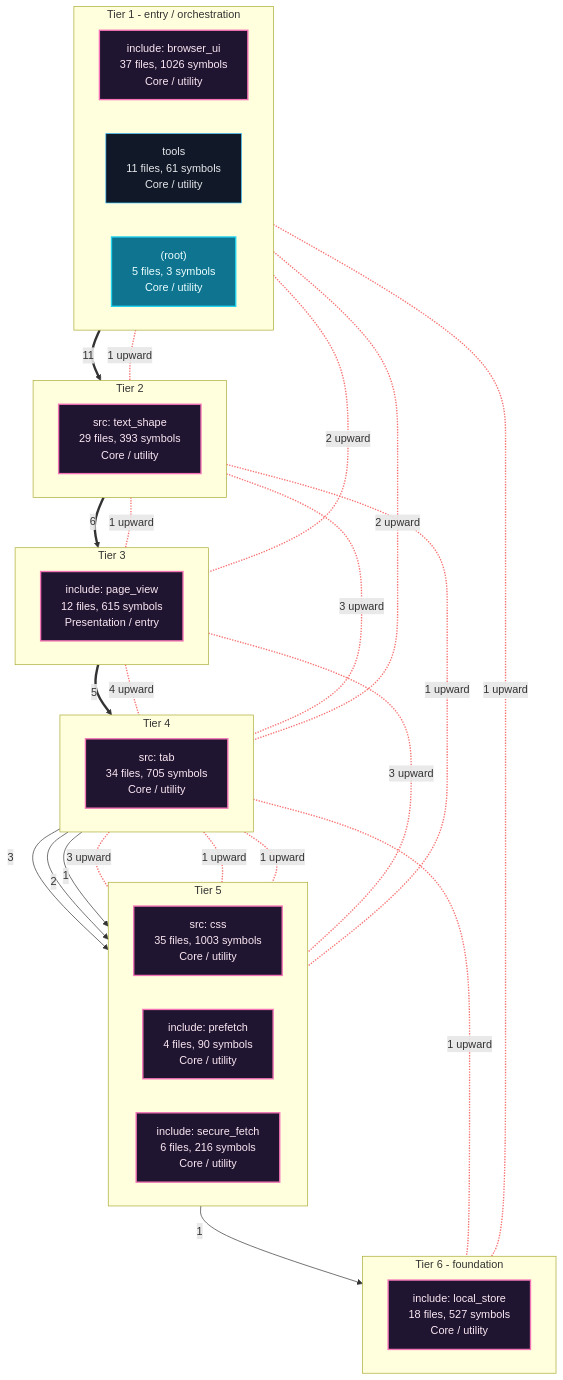
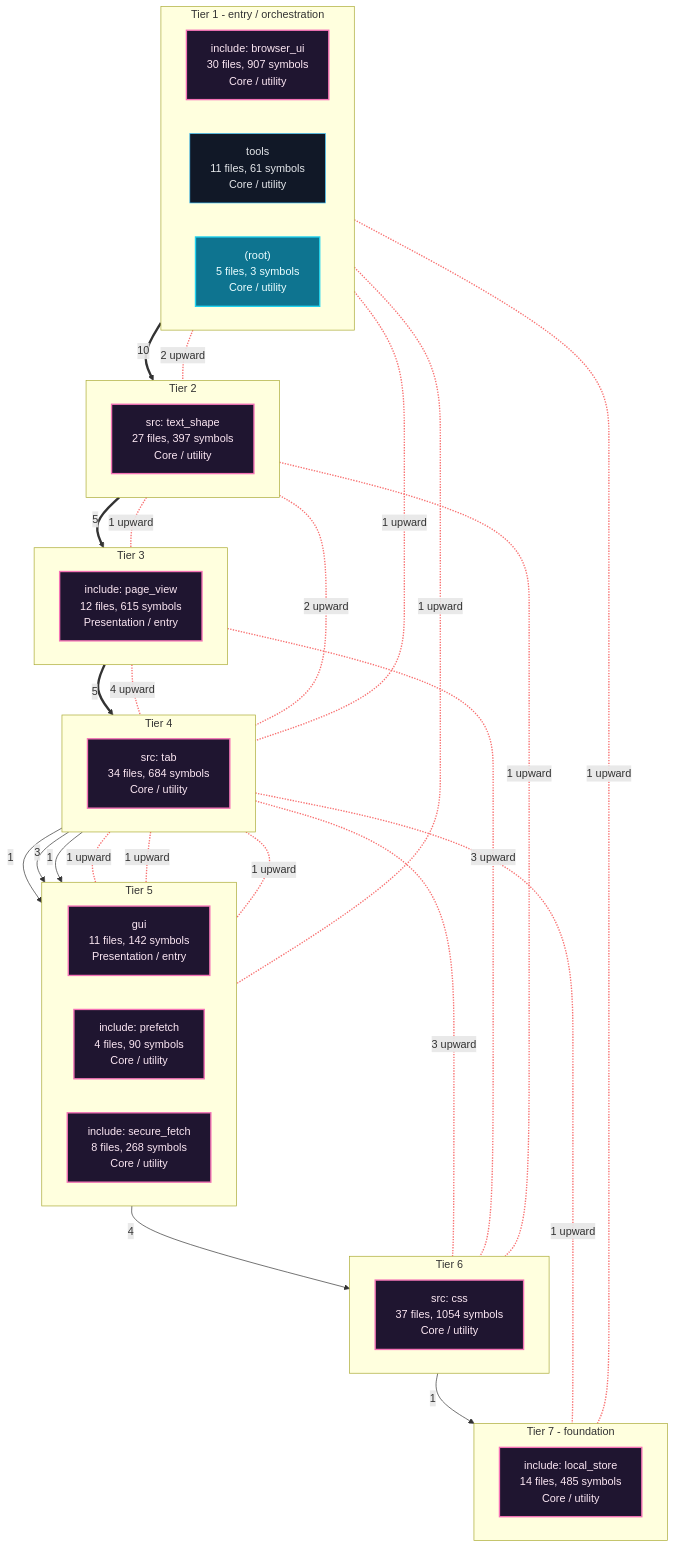
Before and after one commit to grisuno/FreeDom: the first of 7 diagrams in readmenator-apidocs/architecture.md, drawn with Mermaid. The commit also changed other lines of this file and 253 other files, not shown here.

````diff
--- a/readmenator-apidocs/architecture.md
+++ b/readmenator-apidocs/architecture.md
@@ -11,60 +11,67 @@
 ```mermaid
 flowchart TB
     classDef cycle fill:#1f1530,stroke:#f472b6,color:#fce7f3,stroke-width:2px;
     classDef default fill:#111827,stroke:#38bdf8,color:#e5e7eb;
     classDef entry fill:#0e7490,stroke:#22d3ee,color:#ecfeff,stroke-width:2px;
     subgraph lane_0["Tier 1 - entry / orchestration"]
         direction LR
-        n_c0["include: browser_ui<br/>37 files, 1026 symbols<br/>Core / utility"]:::cycle
+        n_c1["include: browser_ui<br/>30 files, 907 symbols<br/>Core / utility"]:::cycle
         n_d_tools["tools<br/>11 files, 61 symbols<br/>Core / utility"]:::default
         n_d__root_["(root)<br/>5 files, 3 symbols<br/>Core / utility"]:::entry
     end
     subgraph lane_1["Tier 2"]
         direction LR
-        n_c3["src: text_shape<br/>29 files, 393 symbols<br/>Core / utility"]:::cycle
+        n_c3["src: text_shape<br/>27 files, 397 symbols<br/>Core / utility"]:::cycle
     end
     subgraph lane_2["Tier 3"]
         direction LR
         n_c5["include: page_view<br/>12 files, 615 symbols<br/>Presentation / entry"]:::cycle
     end
     subgraph lane_3["Tier 4"]
         direction LR
-        n_c2["src: tab<br/>34 files, 705 symbols<br/>Core / utility"]:::cycle
+        n_c2["src: tab<br/>34 files, 684 symbols<br/>Core / utility"]:::cycle
     end
     subgraph lane_4["Tier 5"]
         direction LR
-        n_c1["src: css<br/>35 files, 1003 symbols<br/>Core / utility"]:::cycle
-        n_c7["include: prefetch<br/>4 files, 90 symbols<br/>Core / utility"]:::cycle
-        n_c6["include: secure_fetch<br/>6 files, 216 symbols<br/>Core / utility"]:::cycle
+        n_c6["gui<br/>11 files, 142 symbols<br/>Presentation / entry"]:::cycle
+        n_c8["include: prefetch<br/>4 files, 90 symbols<br/>Core / utility"]:::cycle
+        n_c7["include: secure_fetch<br/>8 files, 268 symbols<br/>Core / utility"]:::cycle
     end
-    subgraph lane_5["Tier 6 - foundation"]
+    subgraph lane_5["Tier 6"]
         direction LR
-        n_c4["include: local_store<br/>18 files, 527 symbols<br/>Core / utility"]:::cycle
+        n_c0["src: css<br/>37 files, 1054 symbols<br/>Core / utility"]:::cycle
     end
-    n_c0 ==>|"11"| n_c3
-    n_c1 -->|"1"| n_c4
-    n_c2 -->|"3"| n_c1
-    n_c2 -->|"2"| n_c6
-    n_c2 -->|"1"| n_c7
-    n_c3 ==>|"6"| n_c5
+    subgraph lane_6["Tier 7 - foundation"]
+        direction LR
+        n_c4["include: local_store<br/>14 files, 485 symbols<br/>Core / utility"]:::cycle
+    end
+    n_c0 -->|"1"| n_c4
+    n_c1 ==>|"10"| n_c3
+    n_c2 -->|"1"| n_c6
+    n_c2 -->|"3"| n_c7
+    n_c2 -->|"1"| n_c8
+    n_c3 ==>|"5"| n_c5
     n_c5 ==>|"5"| n_c2
-    n_c2 <-.-|"3 upward"| n_c1
-    n_c3 <-.-|"1 upward"| n_c1
-    n_c5 <-.-|"3 upward"| n_c1
-    n_c0 <-.-|"2 upward"| n_c2
-    n_c3 <-.-|"3 upward"| n_c2
+    n_c6 -->|"4"| n_c0
+    n_c2 <-.-|"3 upward"| n_c0
+    n_c3 <-.-|"1 upward"| n_c0
+    n_c5 <-.-|"3 upward"| n_c0
+    n_c1 <-.-|"1 upward"| n_c2
+    n_c3 <-.-|"2 upward"| n_c2
     n_c5 <-.-|"4 upward"| n_c2
-    n_c0 <-.-|"1 upward"| n_c3
-    n_c0 <-.-|"1 upward"| n_c4
+    n_c1 <-.-|"2 upward"| n_c3
+    n_c1 <-.-|"1 upward"| n_c4
     n_c2 <-.-|"1 upward"| n_c4
-    n_c0 <-.-|"2 upward"| n_c5
     n_c3 <-.-|"1 upward"| n_c5
+    n_c1 <-.-|"1 upward"| n_c6
     n_c2 <-.-|"1 upward"| n_c6
     n_c2 <-.-|"1 upward"| n_c7
-    linkStyle 7,8,9,10,11,12,13,14,15,16,17,18,19 stroke:#f87171,stroke-width:2px;
-    n_c0 ~~~ n_c3
+    n_c2 <-.-|"1 upward"| n_c8
+    linkStyle 8,9,10,11,12,13,14,15,16,17,18,19,20,21 stroke:#f87171,stroke-width:2px;
+    n_c1 ~~~ n_c3
     n_c3 ~~~ n_c5
     n_c5 ~~~ n_c2
-    n_c2 ~~~ n_c1
-    n_c1 ~~~ n_c4
+    n_c2 ~~~ n_c6
+    n_c6 ~~~ n_c0
+    n_c0 ~~~ n_c4
 ```
````
